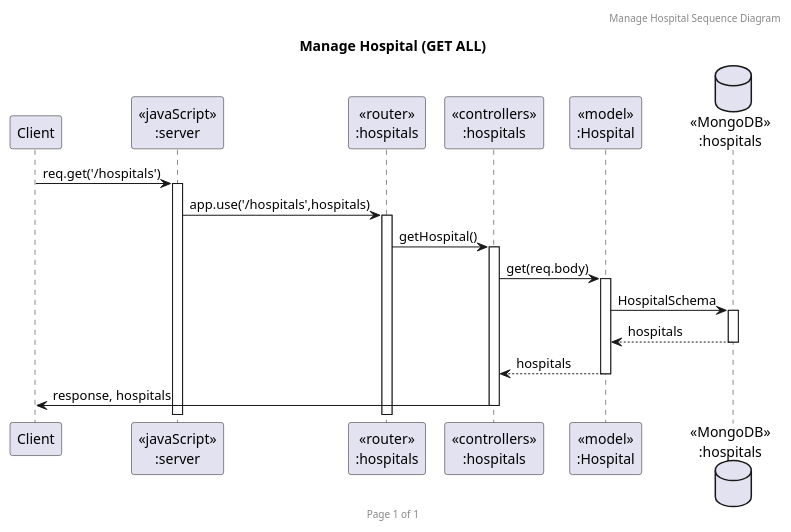
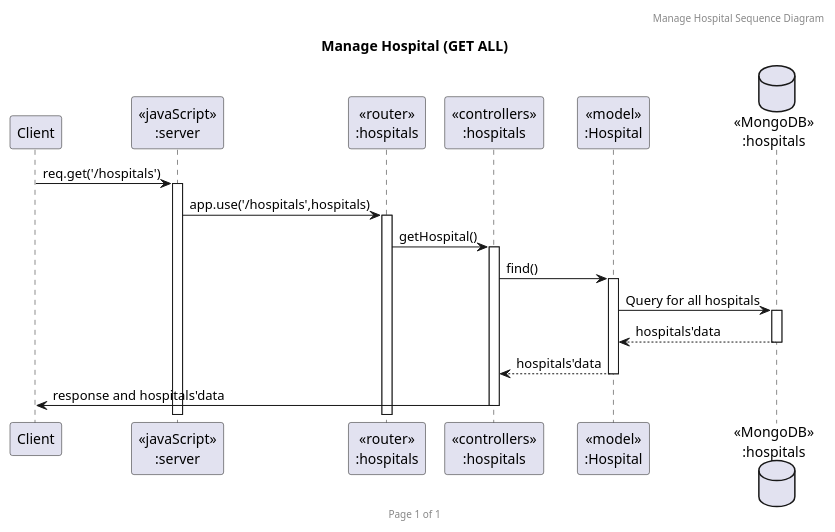
Before and after one commit to guncv/Soft_Dev_Prac_Backend: the diagram in PLANTUML/ManageHospitalSequenceGETALL.puml, drawn with PlantUML. The commit also changed 3 other files, not shown here.

```diff
--- a/PLANTUML/ManageHospitalSequenceGETALL.puml
+++ b/PLANTUML/ManageHospitalSequenceGETALL.puml
@@ -1,23 +1,23 @@
 @startuml Manage Hospital (GET ALL)
 
 header Manage Hospital Sequence Diagram
 footer Page %page% of %lastpage%
 title "Manage Hospital (GET ALL)"
 
 participant "Client" as client
 participant "<<javaScript>>\n:server" as server
 participant "<<router>>\n:hospitals" as routerHospitals
 participant "<<controllers>>\n:hospitals" as controllersHospitals
 participant "<<model>>\n:Hospital" as modelHospital
 database "<<MongoDB>>\n:hospitals" as HospitalsDatabase
 
 client->server ++:req.get('/hospitals')
 server->routerHospitals ++:app.use('/hospitals',hospitals)
 routerHospitals -> controllersHospitals ++:getHospital()
-controllersHospitals->modelHospital ++:get(req.body)
-modelHospital ->HospitalsDatabase ++: HospitalSchema
-HospitalsDatabase --> modelHospital --: hospitals
-controllersHospitals <-- modelHospital --:hospitals
-controllersHospitals->client --:response, hospitals
+controllersHospitals->modelHospital ++:find()
+modelHospital ->HospitalsDatabase ++: Query for all hospitals
+HospitalsDatabase --> modelHospital --: hospitals'data
+controllersHospitals <-- modelHospital --:hospitals'data
+controllersHospitals->client --:response and hospitals'data
 
 @enduml
```
